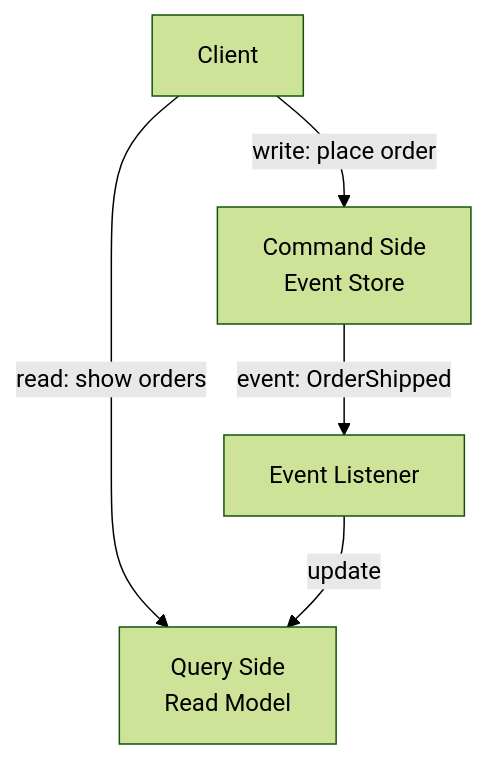
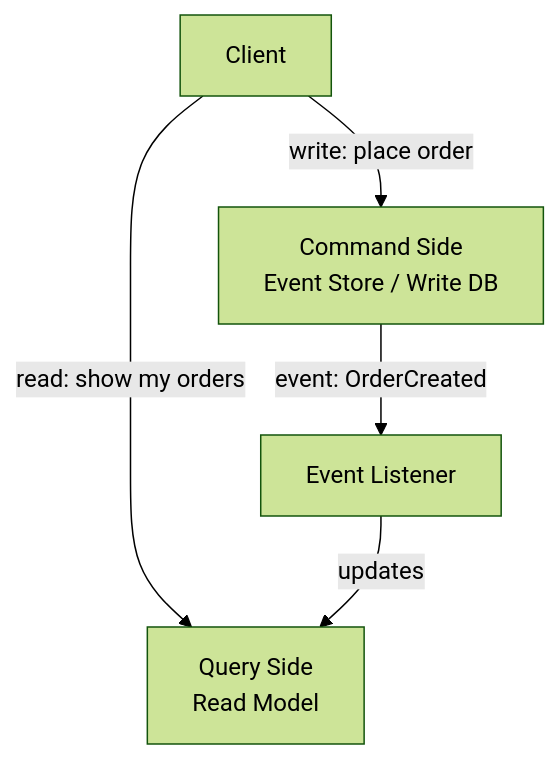
The diagram in System Design/SDE2/06-Messaging-and-Event-Driven/15-Event-Driven-Architecture/02-CQRS-Basics.md (Dummy-Bug/system-design-handbook), drawn with Mermaid (forest theme) before and after one commit. The commit also changed other lines of this file and 23 other files, not shown here.

````diff
--- a/System Design/SDE2/06-Messaging-and-Event-Driven/15-Event-Driven-Architecture/02-CQRS-Basics.md
+++ b/System Design/SDE2/06-Messaging-and-Event-Driven/15-Event-Driven-Architecture/02-CQRS-Basics.md
@@ -45,8 +23,8 @@
 ```mermaid
 graph TD
-    Client -->|write: place order| CS[Command Side\nEvent Store]
-    Client -->|read: show orders| QS[Query Side\nRead Model]
+    Client -->|write: place order| CS[Command Side\nEvent Store / Write DB]
+    Client -->|read: show my orders| QS[Query Side\nRead Model]
 
-    CS -->|event: OrderShipped| L[Event Listener]
-    L -->|update| QS
+    CS -->|event: OrderCreated| L[Event Listener]
+    L -->|updates| QS
 ```
````
